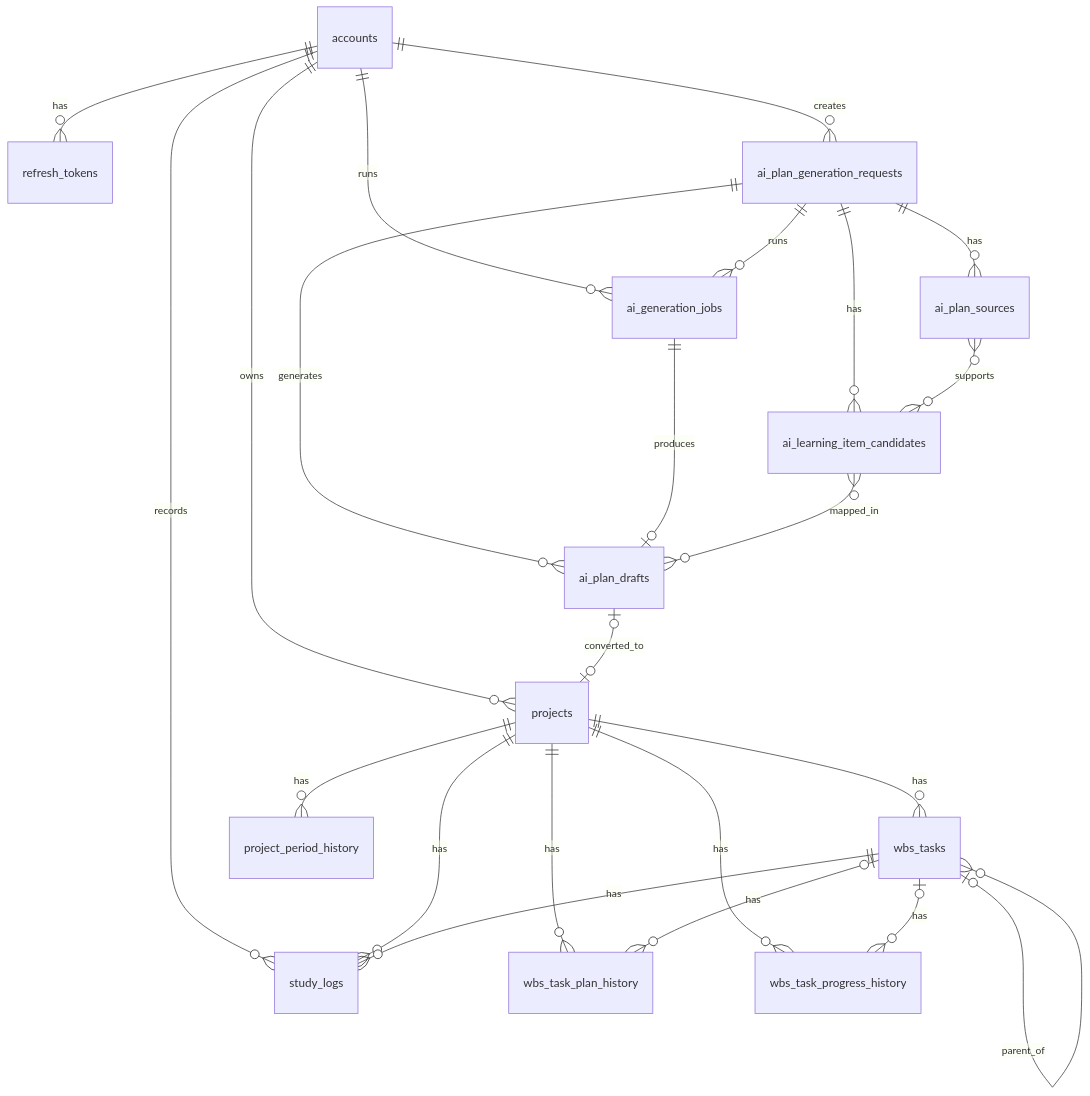
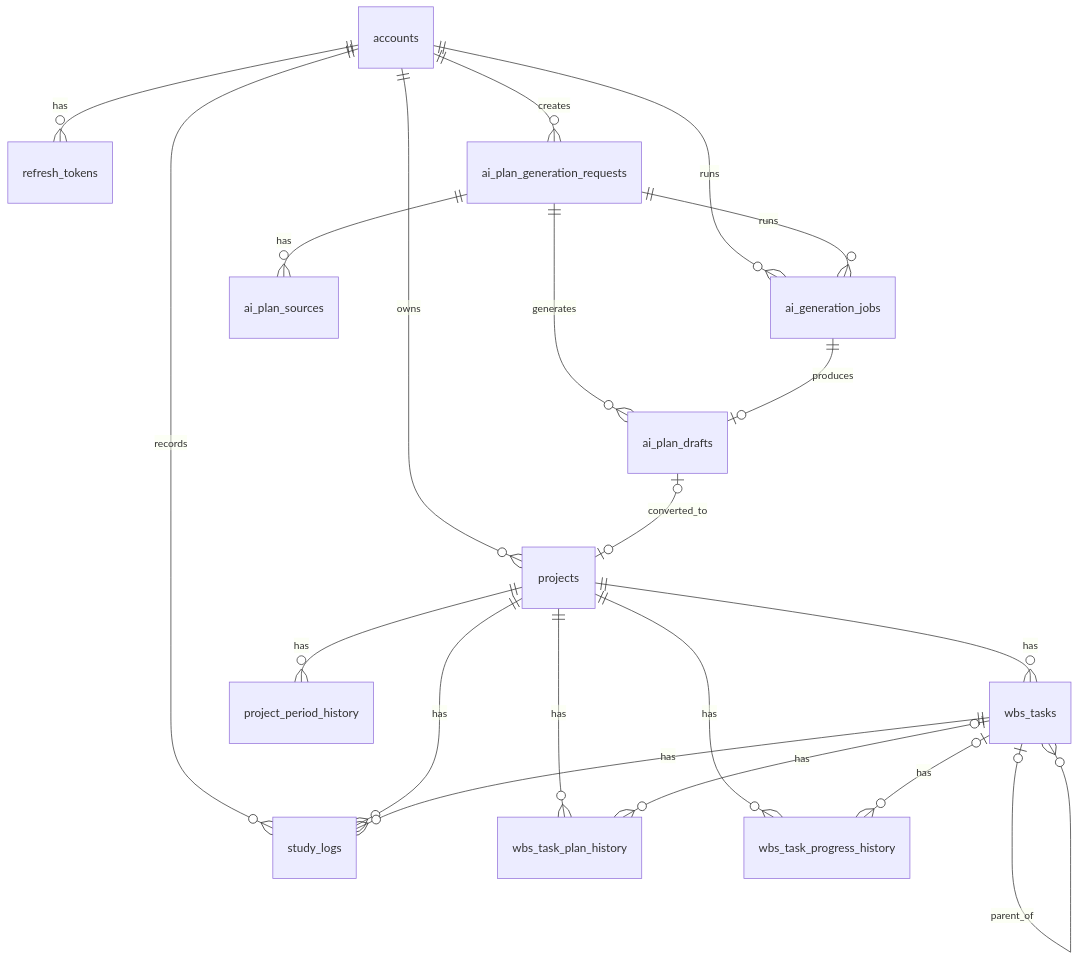
The diagram in docs/basic-design/data-model.md (ichime-develop/study-pm), drawn with Mermaid before and after one commit. The commit also changed other lines of this file and 25 other files, not shown here.

````diff
--- a/docs/basic-design/data-model.md
+++ b/docs/basic-design/data-model.md
@@ -282,28 +267,25 @@
 ```mermaid
 erDiagram
     accounts ||--o{ projects : owns
     accounts ||--o{ refresh_tokens : has
     accounts ||--o{ study_logs : records
     accounts ||--o{ ai_plan_generation_requests : creates
     accounts ||--o{ ai_generation_jobs : runs
 
     projects ||--o{ wbs_tasks : has
     projects ||--o{ project_period_history : has
     projects ||--o{ wbs_task_plan_history : has
     projects ||--o{ wbs_task_progress_history : has
     projects ||--o{ study_logs : has
 
     wbs_tasks |o--o{ wbs_tasks : parent_of
     wbs_tasks |o--o{ wbs_task_plan_history : has
     wbs_tasks |o--o{ wbs_task_progress_history : has
     wbs_tasks ||--o{ study_logs : has
 
     ai_plan_generation_requests ||--o{ ai_plan_sources : has
-    ai_plan_generation_requests ||--o{ ai_learning_item_candidates : has
     ai_plan_generation_requests ||--o{ ai_generation_jobs : runs
     ai_plan_generation_requests ||--o{ ai_plan_drafts : generates
-    ai_plan_sources }o--o{ ai_learning_item_candidates : supports
     ai_generation_jobs ||--o| ai_plan_drafts : produces
-    ai_learning_item_candidates }o--o{ ai_plan_drafts : mapped_in
     ai_plan_drafts |o--o| projects : converted_to
 ```
````
